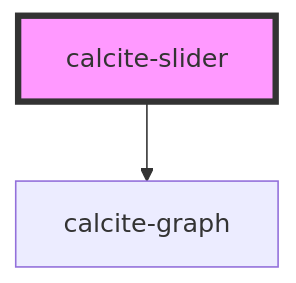
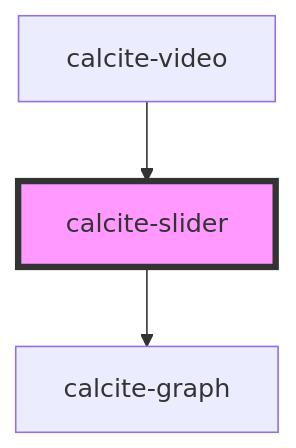
Before and after one commit to Esri/calcite-design-system: the diagram in src/components/calcite-slider/readme.md, drawn with Mermaid. The commit also changed other lines of this file and 19 other files, not shown here.

````diff
--- a/src/components/calcite-slider/readme.md
+++ b/src/components/calcite-slider/readme.md
@@ -70,5 +74,6 @@
 ```mermaid
 graph TD;
   calcite-slider --> calcite-graph
+  calcite-video --> calcite-slider
   style calcite-slider fill:#f9f,stroke:#333,stroke-width:4px
 ```
````
